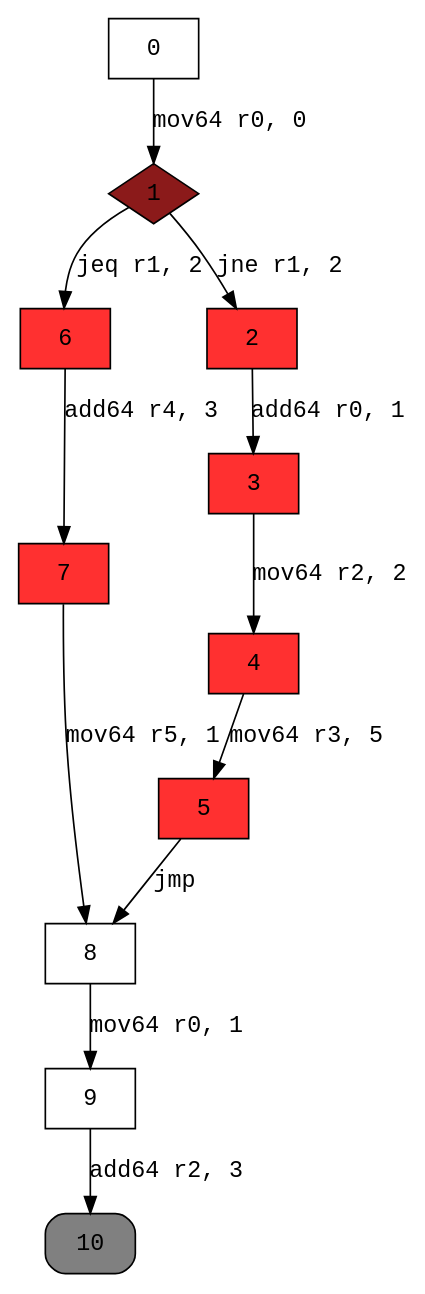
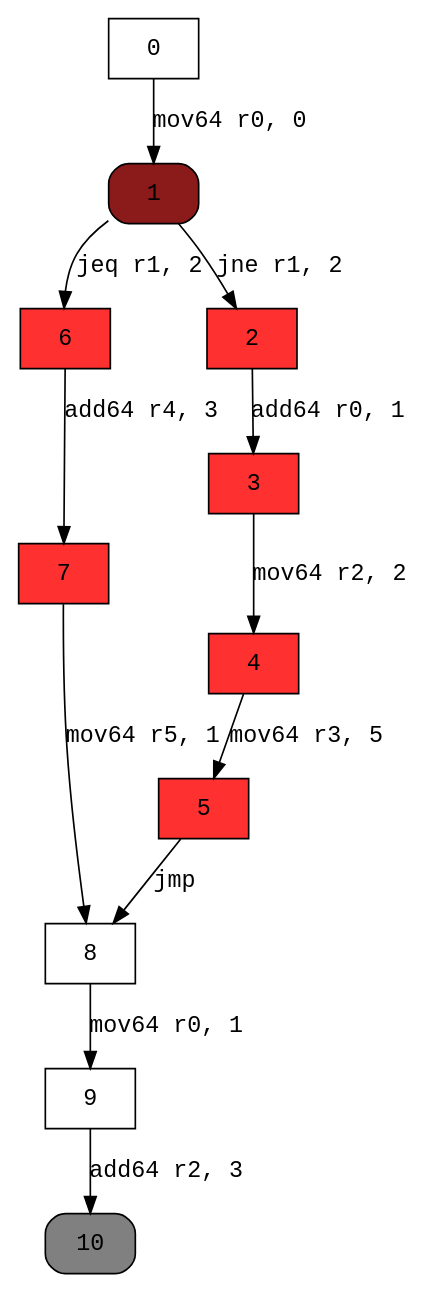
One commit to XicoCorreia/InformationFlowAnalysisEbpf changed the diagram in graphs/ifStatement.dot. Above: the diagram before and after it, drawn with Graphviz. The commit also changed 16 other files, not shown here.

Commit message:
Fix dot file graph

```diff
--- a/graphs/ifStatement.dot
+++ b/graphs/ifStatement.dot
@@ -1,24 +1,24 @@
 digraph cfg { 
 node [fontname="monospace"];
 node [shape=box];
 edge [fontname="monospace"];
   0 -> 1 [label="mov64 r0, 0"];
   1 -> 6 [label="jeq r1, 2"];
   1 -> 2 [label="jne r1, 2"];
   2 -> 3 [label="add64 r0, 1"];
   3 -> 4 [label="mov64 r2, 2"];
   4 -> 5 [label="mov64 r3, 5"];
   5 -> 8 [label="jmp"];
   6 -> 7 [label="add64 r4, 3"];
   7 -> 8 [label="mov64 r5, 1"];
   8 -> 9 [label="mov64 r0, 1"];
   9 -> 10 [label="add64 r2, 3"];
-1 [shape=diamond,style=filled,fillcolor=firebrick4];
+1 [style="rounded,filled",fillcolor=firebrick4];
 2 [style=filled,fillcolor=firebrick1];
 3 [style=filled,fillcolor=firebrick1];
 4 [style=filled,fillcolor=firebrick1];
 5 [style=filled,fillcolor=firebrick1];
 6 [style=filled,fillcolor=firebrick1];
 7 [style=filled,fillcolor=firebrick1];
 10 [style="rounded,filled",fillcolor=grey];
 }
```
